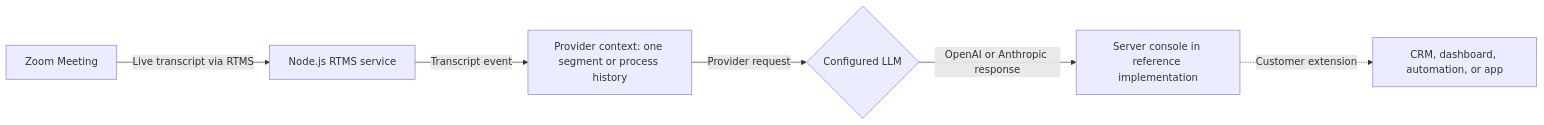
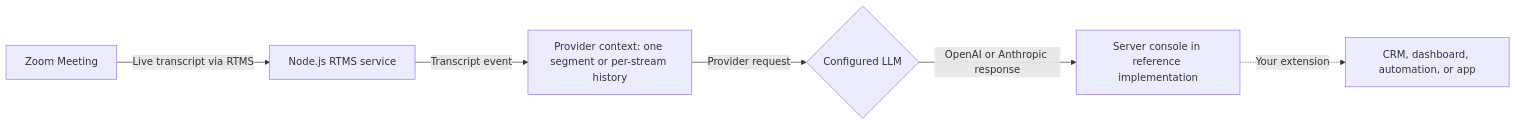
One commit to zoom/blueprints changed the diagram in blueprints/send-transcripts-to-llms/index.md. Above: the diagram before and after it, drawn with Mermaid. The commit also changed other lines of this file and 1 other file, not shown here.

````diff
--- a/blueprints/send-transcripts-to-llms/index.md
+++ b/blueprints/send-transcripts-to-llms/index.md
@@ -73,8 +74,8 @@
 ```mermaid
 flowchart LR
     A[Zoom Meeting] -->|Live transcript via RTMS| B[Node.js RTMS service]
-    B -->|Transcript event| C[Provider context: one segment or process history]
+    B -->|Transcript event| C[Provider context: one segment or per-stream history]
     C -->|Provider request| D{Configured LLM}
     D -->|OpenAI or Anthropic response| E[Server console in reference implementation]
-    E -.->|Customer extension| F[CRM, dashboard, automation, or app]
+    E -.->|Your extension| F[CRM, dashboard, automation, or app]
 ```
````
